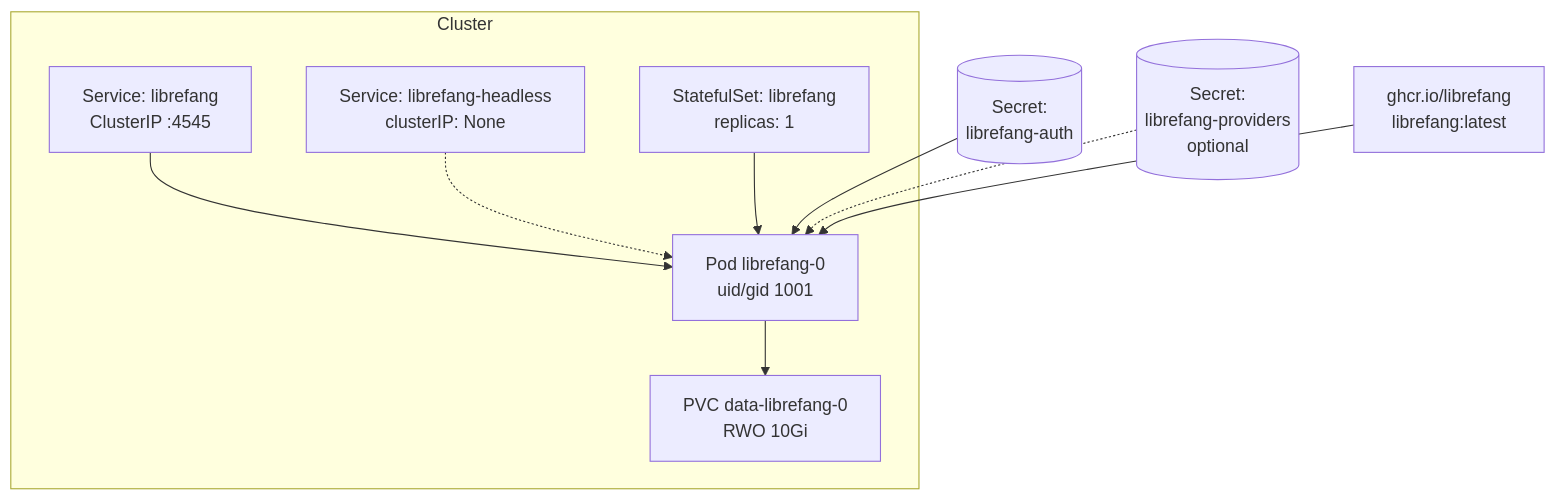
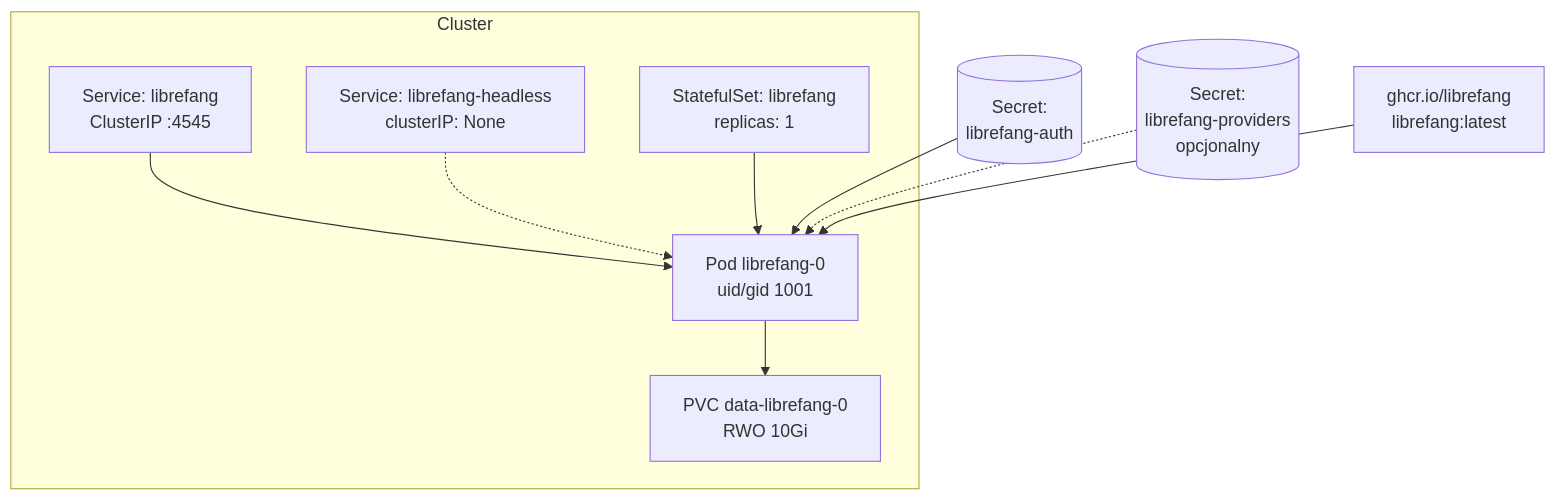
The first of 2 diagrams in deploy-kubernetes.md (leszek3737/librefang-WIki), drawn with Mermaid before and after one commit. The commit also changed other lines of this file and 104 other files, not shown here.

````diff
--- a/deploy-kubernetes.md
+++ b/deploy-kubernetes.md
@@ -11,21 +11,21 @@
 ```mermaid
 graph TB
   subgraph Cluster
     SVC[Service: librefang<br/>ClusterIP :4545]
     HEAD[Service: librefang-headless<br/>clusterIP: None]
     SS[StatefulSet: librefang<br/>replicas: 1]
     POD[Pod librefang-0<br/>uid/gid 1001]
     PVC[PVC data-librefang-0<br/>RWO 10Gi]
   end
   AUTH[(Secret:<br/>librefang-auth)]
-  PROV[(Secret:<br/>librefang-providers<br/>optional)]
+  PROV[(Secret:<br/>librefang-providers<br/>opcjonalny)]
   IMG[ghcr.io/librefang<br/>librefang:latest]
 
   SVC --> POD
   HEAD -.-> POD
   SS --> POD
   POD --> PVC
   AUTH --> POD
   PROV -.-> POD
   IMG --> POD
 ```
````
